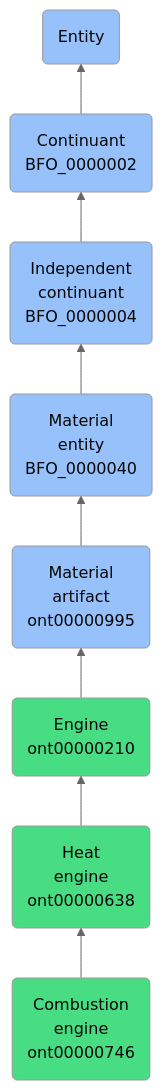
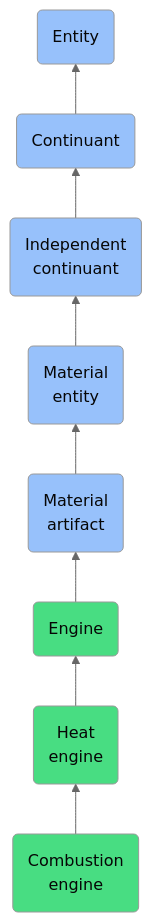
The diagram in docs/ontology/reference/model/Entity/Continuant/Independent continuant/Material entity/Material artifact/Engine/Heat engine/Combustion engine/Combustion engine.md (jupyter-naas/abi), drawn with Mermaid (neutral theme) before and after one commit. The commit also changed other lines of this file and 1430 other files, not shown here.

````diff
--- a/docs/ontology/reference/model/Entity/Continuant/Independent continuant/Material entity/Material artifact/Engine/Heat engine/Combustion engine/Combustion engine.md
+++ b/docs/ontology/reference/model/Entity/Continuant/Independent continuant/Material entity/Material artifact/Engine/Heat engine/Combustion engine/Combustion engine.md
@@ -24,15 +24,15 @@
 ```mermaid
 graph BT
-    ont00000746(Combustion<br>engine<br>ont00000746):::ABI-->ont00000638
-    ont00000638(Heat<br>engine<br>ont00000638):::ABI-->ont00000210
-    ont00000210(Engine<br>ont00000210):::ABI-->ont00000995
-    ont00000995(Material<br>artifact<br>ont00000995):::BFO-->BFO_0000040
-    BFO_0000040(Material<br>entity<br>BFO_0000040):::BFO-->BFO_0000004
-    BFO_0000004(Independent<br>continuant<br>BFO_0000004):::BFO-->BFO_0000002
-    BFO_0000002(Continuant<br>BFO_0000002):::BFO-->BFO_0000001
+    ont00000746(Combustion<br>engine):::ABI-->ont00000638
+    ont00000638(Heat<br>engine):::ABI-->ont00000210
+    ont00000210(Engine):::ABI-->ont00000995
+    ont00000995(Material<br>artifact):::BFO-->BFO_0000040
+    BFO_0000040(Material<br>entity):::BFO-->BFO_0000004
+    BFO_0000004(Independent<br>continuant):::BFO-->BFO_0000002
+    BFO_0000002(Continuant):::BFO-->BFO_0000001
     BFO_0000001(Entity):::BFO
     
     classDef BFO fill:#97c1fb,color:#060606
     classDef CCO fill:#e4c51e,color:#060606
     classDef ABI fill:#48DD82,color:#060606
 ```
````
